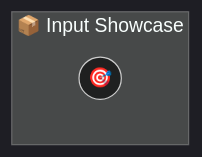
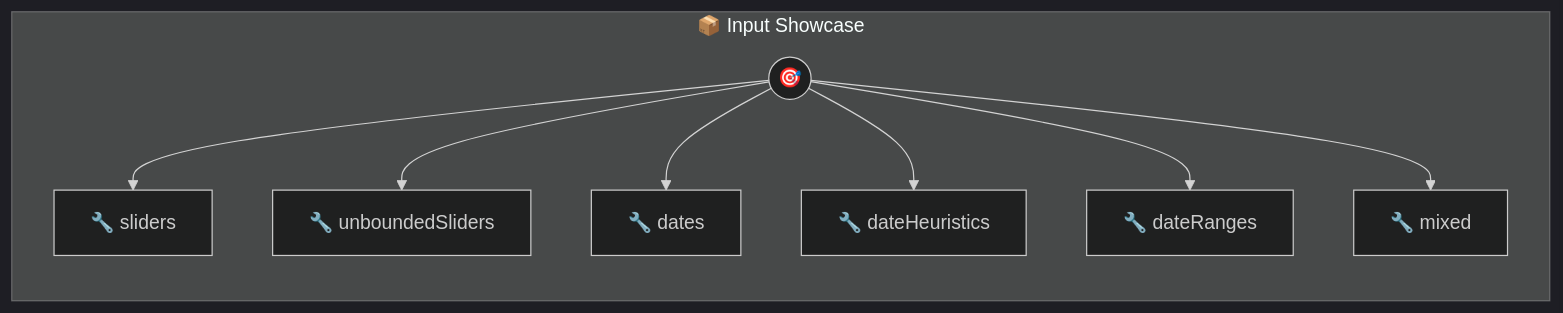
One commit to portel-dev/photons changed the diagram in input-showcase.md. Above: the diagram before and after it, drawn with Mermaid (dark theme). The commit also changed other lines of this file and 13 other files, not shown here.

````diff
--- a/input-showcase.md
+++ b/input-showcase.md
@@ -25,7 +144,19 @@
 ```mermaid
 flowchart LR
     subgraph input_showcase["📦 Input Showcase"]
         direction TB
         PHOTON((🎯))
+        T0[🔧 sliders]
+        PHOTON --> T0
+        T1[🔧 unboundedSliders]
+        PHOTON --> T1
+        T2[🔧 dates]
+        PHOTON --> T2
+        T3[🔧 dateHeuristics]
+        PHOTON --> T3
+        T4[🔧 dateRanges]
+        PHOTON --> T4
+        T5[🔧 mixed]
+        PHOTON --> T5
     end
 ```
````
